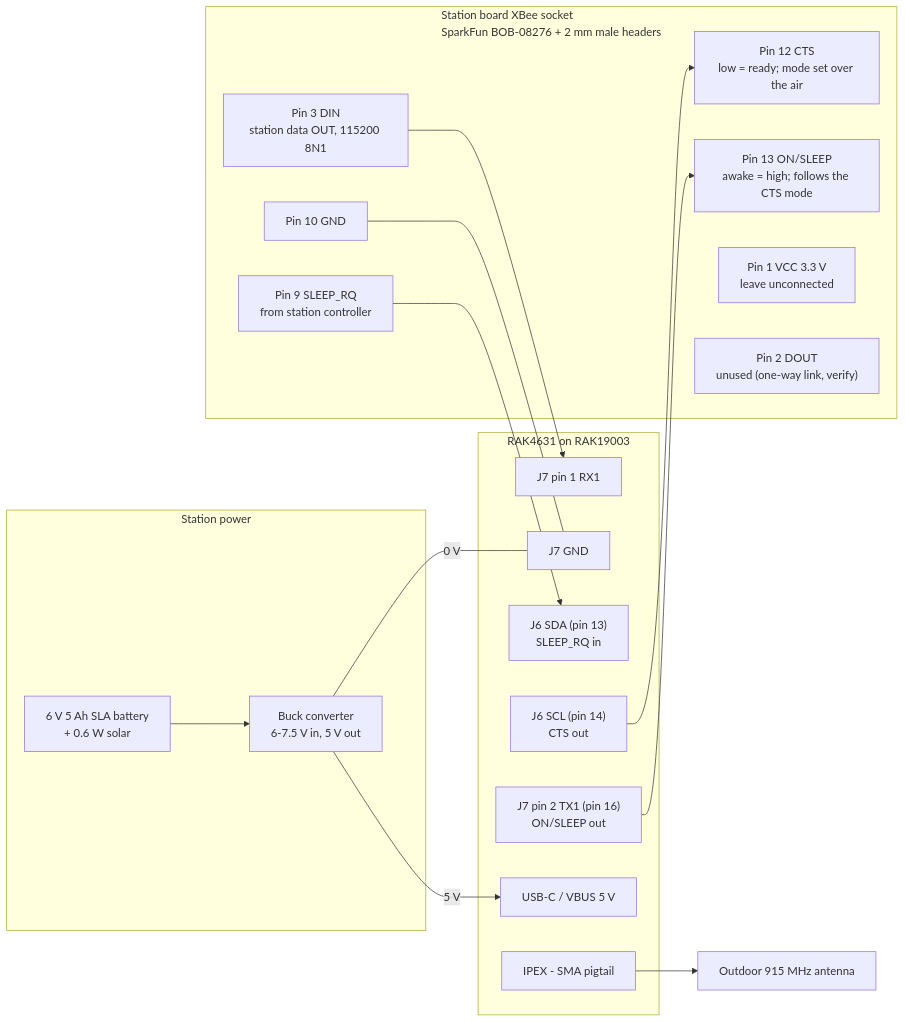
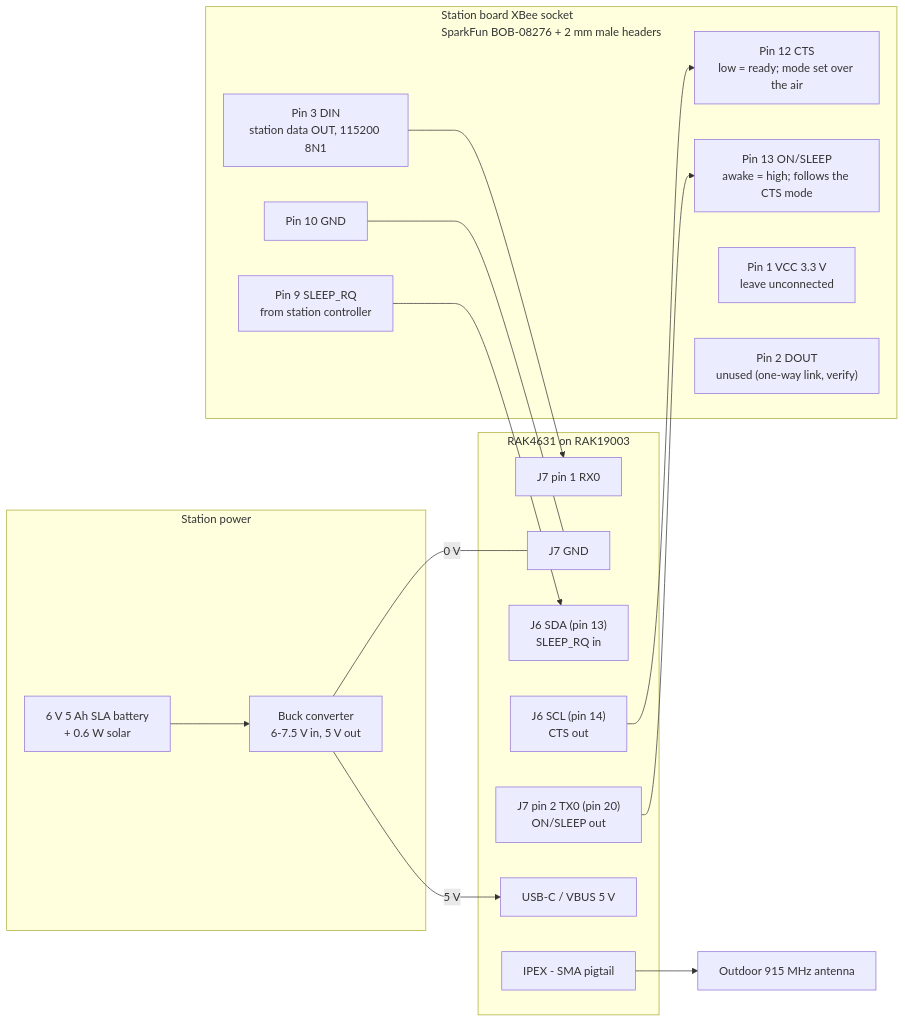
Before and after one commit to cvopicka/Rainwise-Wireless-Info: the diagram in diagrams/2_station.mmd, drawn with Mermaid. The commit also changed 6 other files, not shown here.

```diff
--- a/diagrams/2_station.mmd
+++ b/diagrams/2_station.mmd
@@ -1,32 +1,32 @@
 flowchart LR
   subgraph PWR["Station power"]
     BAT["6 V 5 Ah SLA battery<br/>+ 0.6 W solar"]
     BUCK["Buck converter<br/>6-7.5 V in, 5 V out"]
     BAT --> BUCK
   end
   subgraph SOCK["Station board XBee socket<br/>SparkFun BOB-08276 + 2 mm male headers"]
     P3["Pin 3 DIN<br/>station data OUT, 115200 8N1"]
     P10["Pin 10 GND"]
     P9["Pin 9 SLEEP_RQ<br/>from station controller"]
     P12["Pin 12 CTS<br/>low = ready; mode set over the air"]
     P13["Pin 13 ON/SLEEP<br/>awake = high; follows the CTS mode"]
     P1["Pin 1 VCC 3.3 V<br/>leave unconnected"]
     P2["Pin 2 DOUT<br/>unused (one-way link, verify)"]
   end
   subgraph RAK["RAK4631 on RAK19003"]
-    RX1["J7 pin 1 RX1"]
+    RX0["J7 pin 1 RX0"]
     GND["J7 GND"]
     SDA["J6 SDA (pin 13)<br/>SLEEP_RQ in"]
     SCL["J6 SCL (pin 14)<br/>CTS out"]
-    TXS["J7 pin 2 TX1 (pin 16)<br/>ON/SLEEP out"]
+    TXS["J7 pin 2 TX0 (pin 20)<br/>ON/SLEEP out"]
     VBUS["USB-C / VBUS 5 V"]
     ANT["IPEX - SMA pigtail"]
   end
-  P3 --> RX1
+  P3 --> RX0
   P10 --- GND
   P9 --> SDA
   SCL --> P12
   TXS --> P13
   BUCK -- "5 V" --> VBUS
   BUCK -- "0 V" --- GND
   ANT --> OUT["Outdoor 915 MHz antenna"]
```
